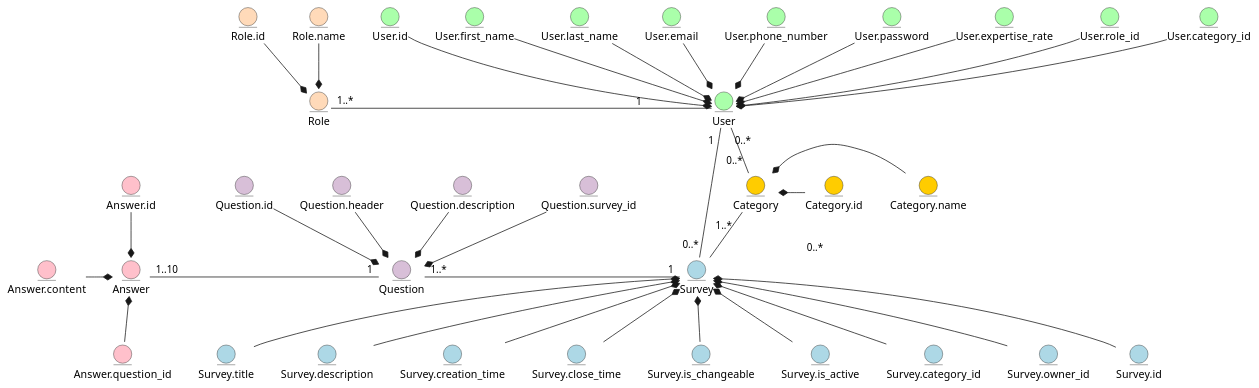
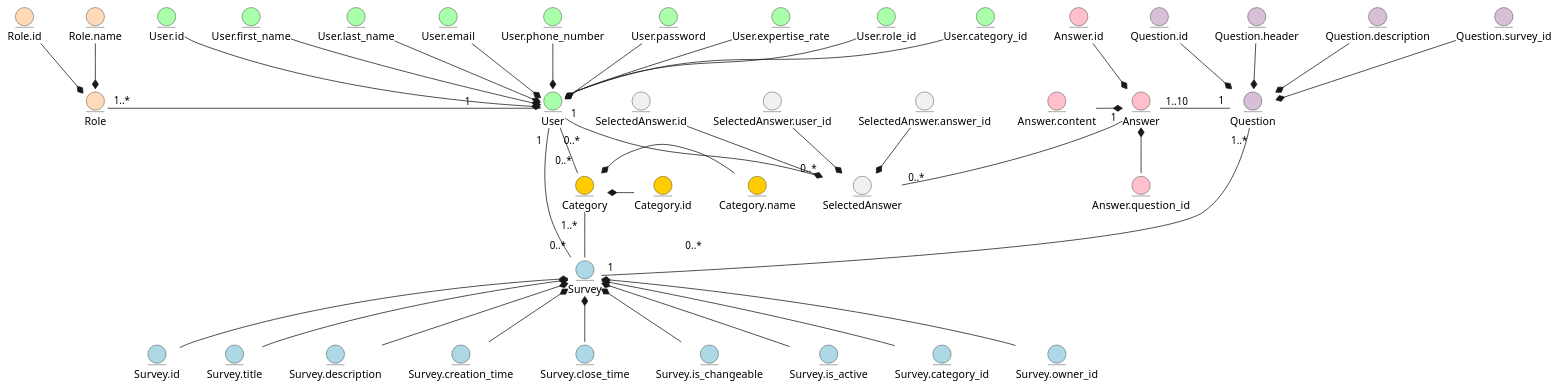
Before and after one commit to generalmaks/db_labs: the first of 2 diagrams in docs/design.md, drawn with PlantUML.

Commit message:
Add SelectedAnswer

````diff
--- a/docs/design.md
+++ b/docs/design.md
@@ -89,13 +89,23 @@
 Category.id -l-* Category
 Category.name -l-* Category
 
+entity SelectedAnswer
+entity SelectedAnswer.id
+entity SelectedAnswer.user_id
+entity SelectedAnswer.answer_id
+
+SelectedAnswer.id --* SelectedAnswer
+SelectedAnswer.user_id --* SelectedAnswer
+SelectedAnswer.answer_id --* SelectedAnswer
+
 User "1  " -- "0..*" Survey
 User "1                         " -l- "1..*" Role
 User "0..*" -- "0..* " Category
 Question "1..*" -r- "1" Survey
 Answer "1..10" -r- "1" Question
 Category "1..*  " -- "                                  0..*" Survey
-  
+User "1" -- "0..*"  SelectedAnswer
+Answer "1" -- "0..*" SelectedAnswer
 
 @enduml
 ```
````
